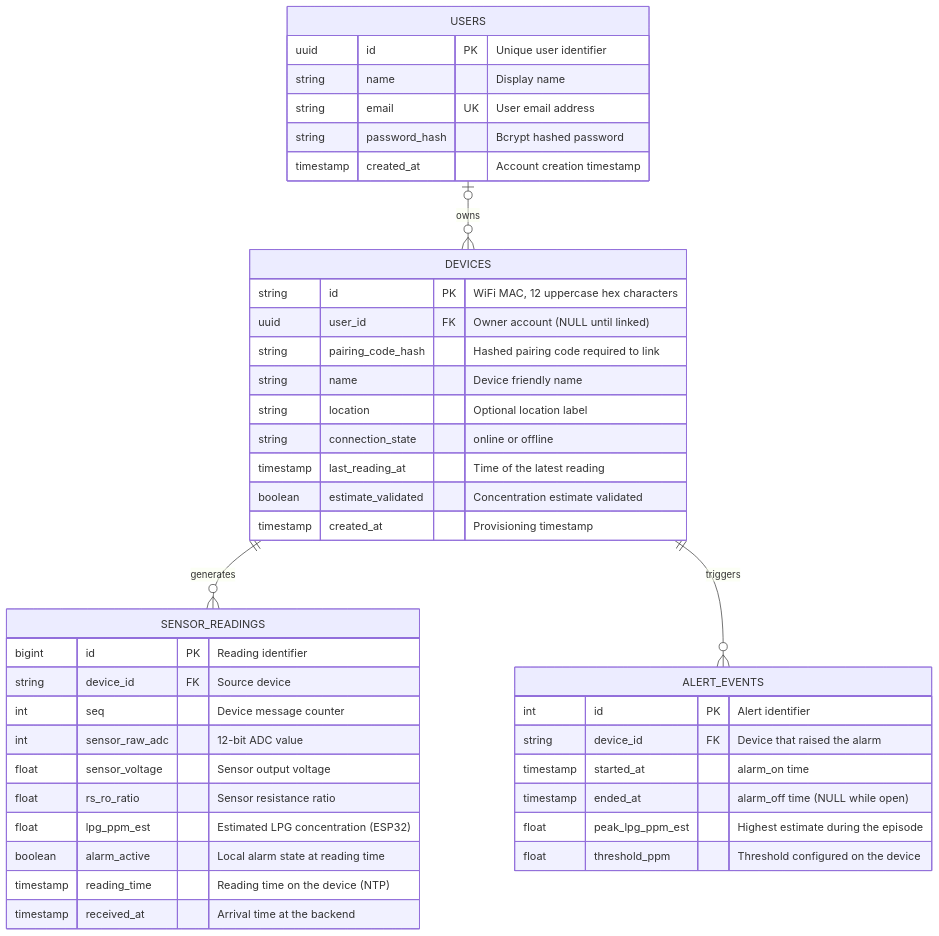
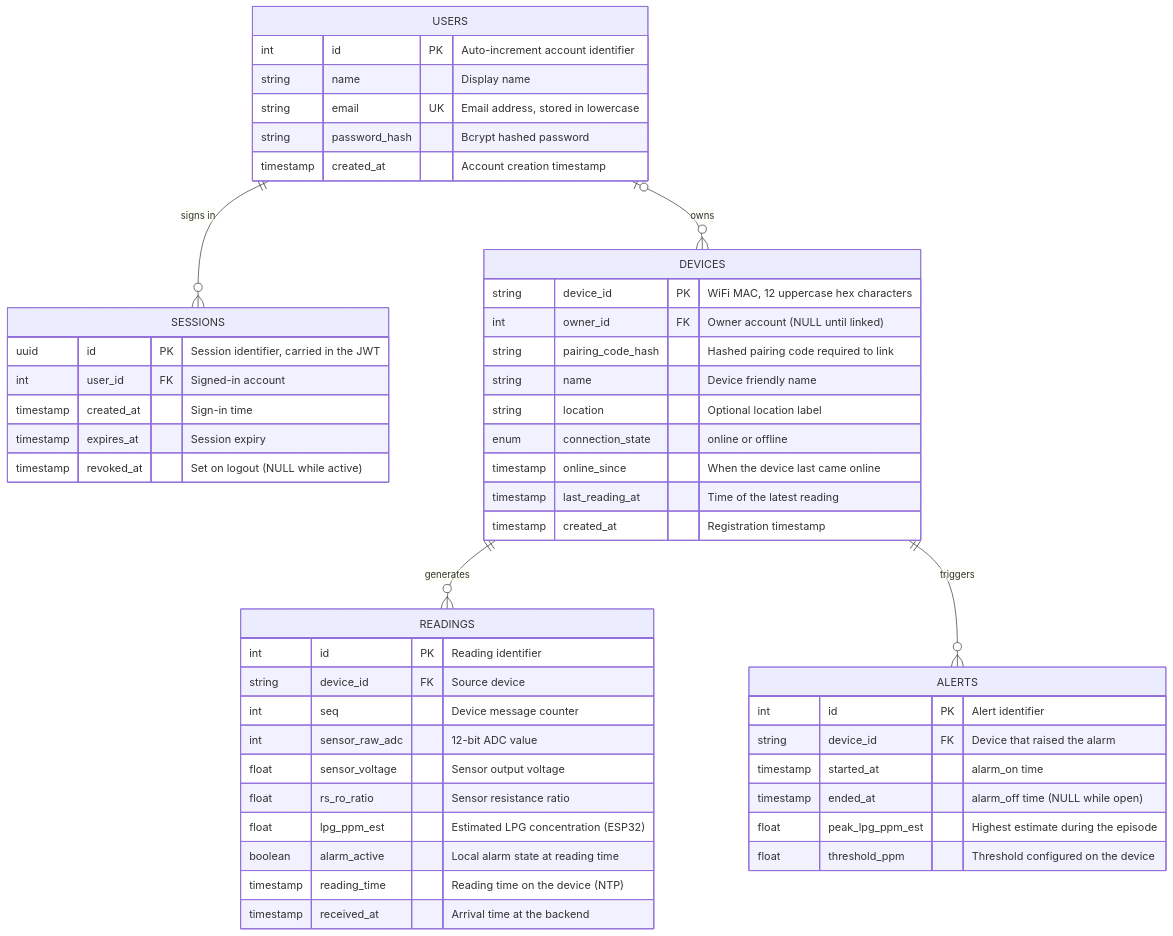
Before and after one commit to abdularhman2341/air-quality-monitoring-system: the third of 3 diagrams in docs/stage-3-report.md, drawn with Mermaid. The commit also changed other lines of this file and 8 other files, not shown here.

````diff
--- a/docs/stage-3-report.md
+++ b/docs/stage-3-report.md
@@ -348,48 +395,57 @@
 ```mermaid
 erDiagram
+    USERS ||--o{ SESSIONS : "signs in"
     USERS |o--o{ DEVICES : "owns"
-    DEVICES ||--o{ SENSOR_READINGS : "generates"
-    DEVICES ||--o{ ALERT_EVENTS : "triggers"
+    DEVICES ||--o{ READINGS : "generates"
+    DEVICES ||--o{ ALERTS : "triggers"
 
     USERS {
-        uuid id PK "Unique user identifier"
+        int id PK "Auto-increment account identifier"
         string name "Display name"
-        string email UK "User email address"
+        string email UK "Email address, stored in lowercase"
         string password_hash "Bcrypt hashed password"
         timestamp created_at "Account creation timestamp"
     }
 
+    SESSIONS {
+        uuid id PK "Session identifier, carried in the JWT"
+        int user_id FK "Signed-in account"
+        timestamp created_at "Sign-in time"
+        timestamp expires_at "Session expiry"
+        timestamp revoked_at "Set on logout (NULL while active)"
+    }
+
     DEVICES {
-        string id PK "WiFi MAC, 12 uppercase hex characters"
-        uuid user_id FK "Owner account (NULL until linked)"
+        string device_id PK "WiFi MAC, 12 uppercase hex characters"
+        int owner_id FK "Owner account (NULL until linked)"
         string pairing_code_hash "Hashed pairing code required to link"
         string name "Device friendly name"
         string location "Optional location label"
-        string connection_state "online or offline"
+        enum connection_state "online or offline"
+        timestamp online_since "When the device last came online"
         timestamp last_reading_at "Time of the latest reading"
-        boolean estimate_validated "Concentration estimate validated"
-        timestamp created_at "Provisioning timestamp"
+        timestamp created_at "Registration timestamp"
     }
 
-    SENSOR_READINGS {
-        bigint id PK "Reading identifier"
+    READINGS {
+        int id PK "Reading identifier"
         string device_id FK "Source device"
         int seq "Device message counter"
         int sensor_raw_adc "12-bit ADC value"
         float sensor_voltage "Sensor output voltage"
         float rs_ro_ratio "Sensor resistance ratio"
         float lpg_ppm_est "Estimated LPG concentration (ESP32)"
         boolean alarm_active "Local alarm state at reading time"
         timestamp reading_time "Reading time on the device (NTP)"
         timestamp received_at "Arrival time at the backend"
     }
 
-    ALERT_EVENTS {
+    ALERTS {
         int id PK "Alert identifier"
         string device_id FK "Device that raised the alarm"
         timestamp started_at "alarm_on time"
         timestamp ended_at "alarm_off time (NULL while open)"
         float peak_lpg_ppm_est "Highest estimate during the episode"
         float threshold_ppm "Threshold configured on the device"
     }
 ```
````
